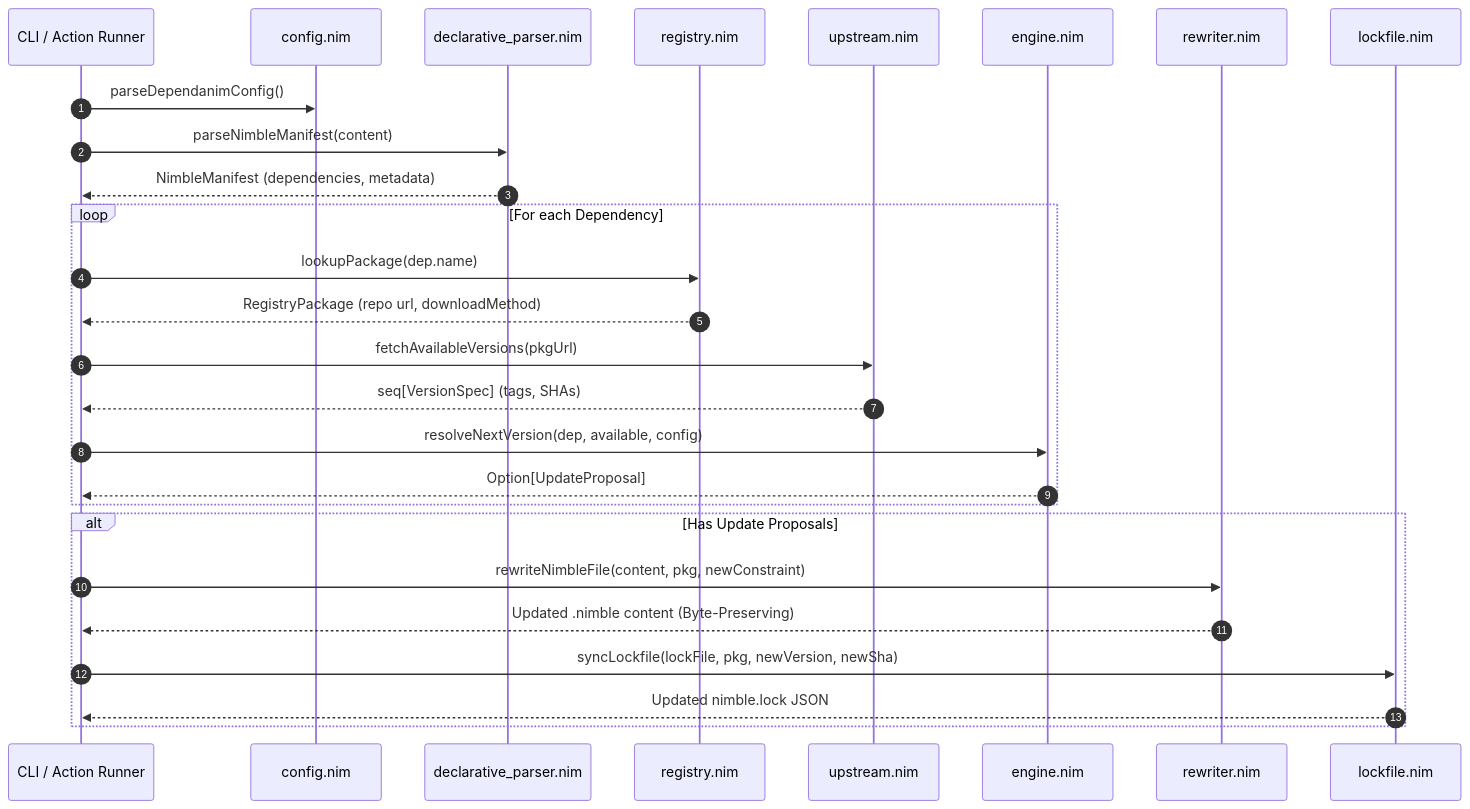
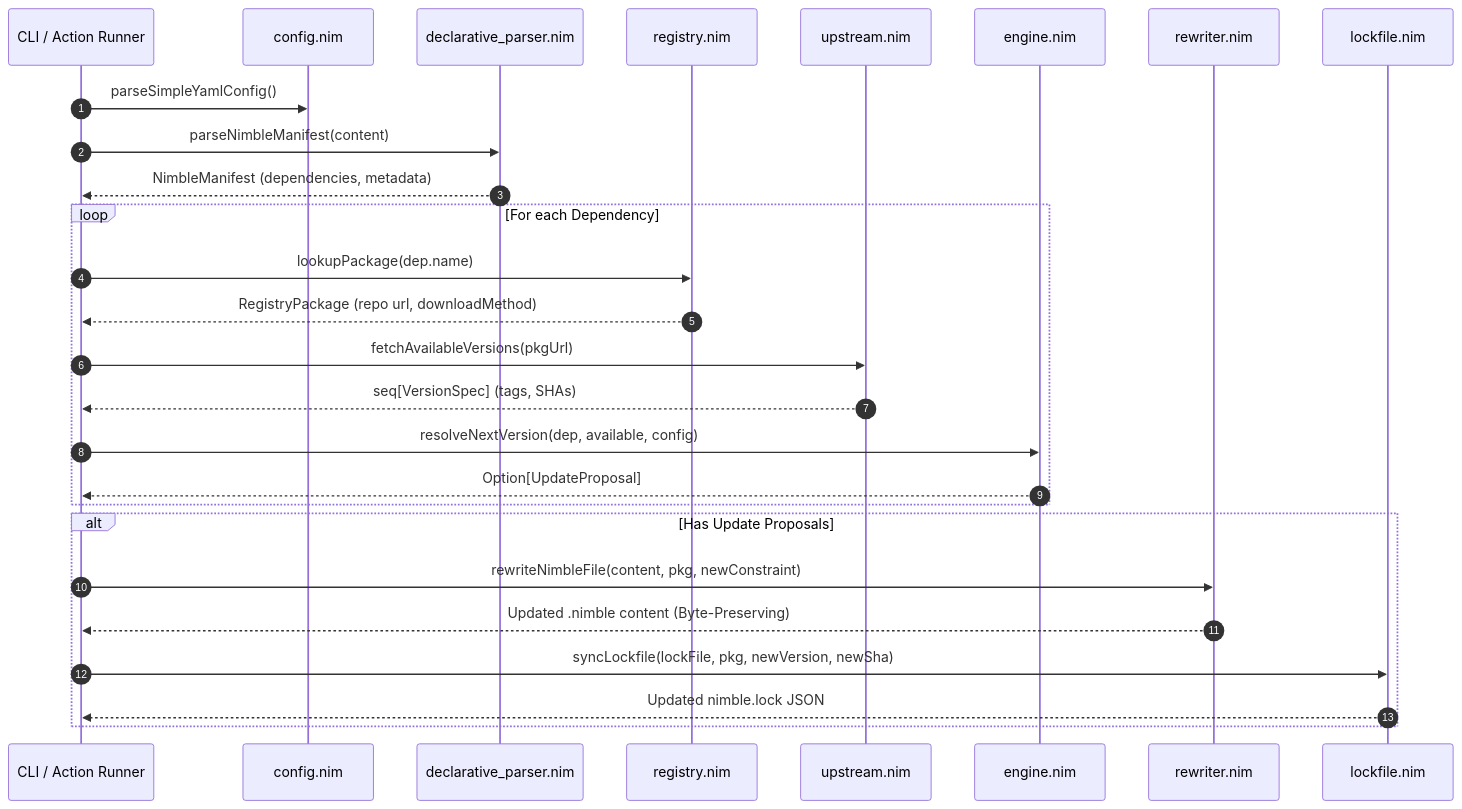
One commit to elijahr/renimble changed the fifth of 5 diagrams in docs/RFD.md. Above: the diagram before and after it, drawn with Mermaid. The commit also changed other lines of this file and 8 other files, not shown here.

````diff
--- a/docs/RFD.md
+++ b/docs/RFD.md
@@ -285,32 +285,32 @@
 ```mermaid
 sequenceDiagram
     autonumber
     participant CLI as CLI / Action Runner
     participant Config as config.nim
     participant Parser as declarative_parser.nim
     participant Reg as registry.nim
     participant Upstream as upstream.nim
     participant Engine as engine.nim
     participant Rewriter as rewriter.nim
     participant Lock as lockfile.nim
 
-    CLI->>Config: parseDependanimConfig()
+    CLI->>Config: parseSimpleYamlConfig()
     CLI->>Parser: parseNimbleManifest(content)
     Parser-->>CLI: NimbleManifest (dependencies, metadata)
     
     loop For each Dependency
         CLI->>Reg: lookupPackage(dep.name)
         Reg-->>CLI: RegistryPackage (repo url, downloadMethod)
         CLI->>Upstream: fetchAvailableVersions(pkgUrl)
         Upstream-->>CLI: seq[VersionSpec] (tags, SHAs)
         CLI->>Engine: resolveNextVersion(dep, available, config)
         Engine-->>CLI: Option[UpdateProposal]
     end
 
     alt Has Update Proposals
         CLI->>Rewriter: rewriteNimbleFile(content, pkg, newConstraint)
         Rewriter-->>CLI: Updated .nimble content (Byte-Preserving)
         CLI->>Lock: syncLockfile(lockFile, pkg, newVersion, newSha)
         Lock-->>CLI: Updated nimble.lock JSON
     end
 ```
````
